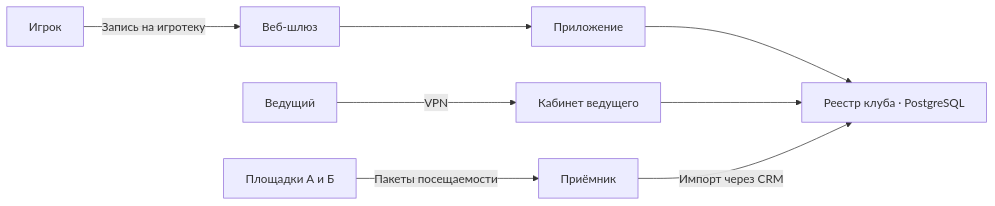
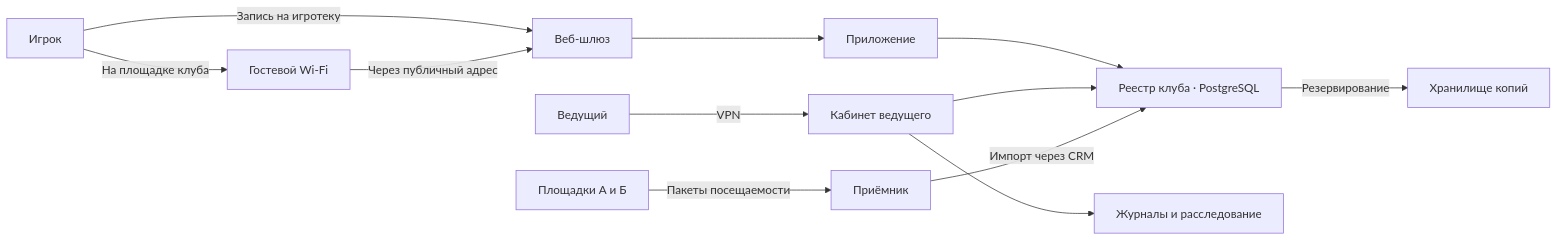
The diagram in 1 тема/club.md (slaim1322111/sergey-olegovich), drawn with Mermaid before and after one commit. The commit also changed other lines of this file and 42 other files, not shown here.

````diff
--- a/1 тема/club.md
+++ b/1 тема/club.md
@@ -22,10 +27,14 @@
 ```mermaid
 flowchart LR
     P["Игрок"] -->|"Запись на игротеку"| G["Веб-шлюз"]
     G --> A["Приложение"]
     A --> D["Реестр клуба · PostgreSQL"]
     V["Ведущий"] -->|"VPN"| C["Кабинет ведущего"]
     C --> D
     S["Площадки А и Б"] -->|"Пакеты посещаемости"| R["Приёмник"]
     R -->|"Импорт через CRM"| D
+    P -->|"На площадке клуба"| W["Гостевой Wi-Fi"]
+    W -->|"Через публичный адрес"| G
+    D -->|"Резервирование"| B["Хранилище копий"]
+    C --> L["Журналы и расследование"]
 ```
````
